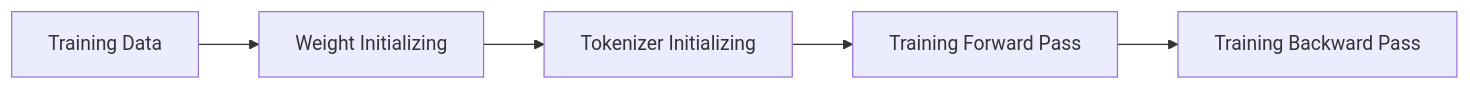
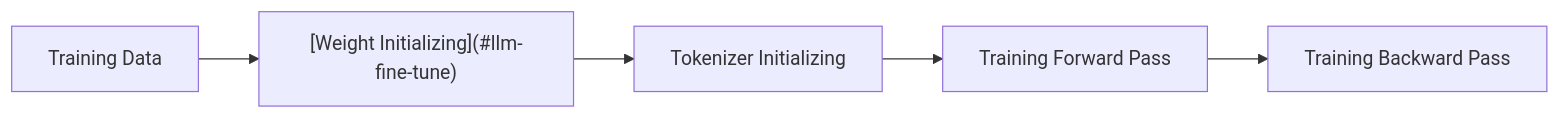
One commit to ChrisZhu2050/chriszhu2050.github.io changed the first of 5 diagrams in README.md. Above: the diagram before and after it, drawn with Mermaid.

````diff
--- a/README.md
+++ b/README.md
@@ -14,5 +14,5 @@
 ```mermaid
 
 graph LR
-    A[Training Data] --> B[Weight Initializing] --> C[Tokenizer Initializing] --> D[Training Forward Pass] --> E[Training Backward Pass]
+    A[Training Data] --> B["`[Weight Initializing](#llm-fine-tune)`"] --> C[Tokenizer Initializing] --> D[Training Forward Pass] --> E[Training Backward Pass]
 ```  
````
